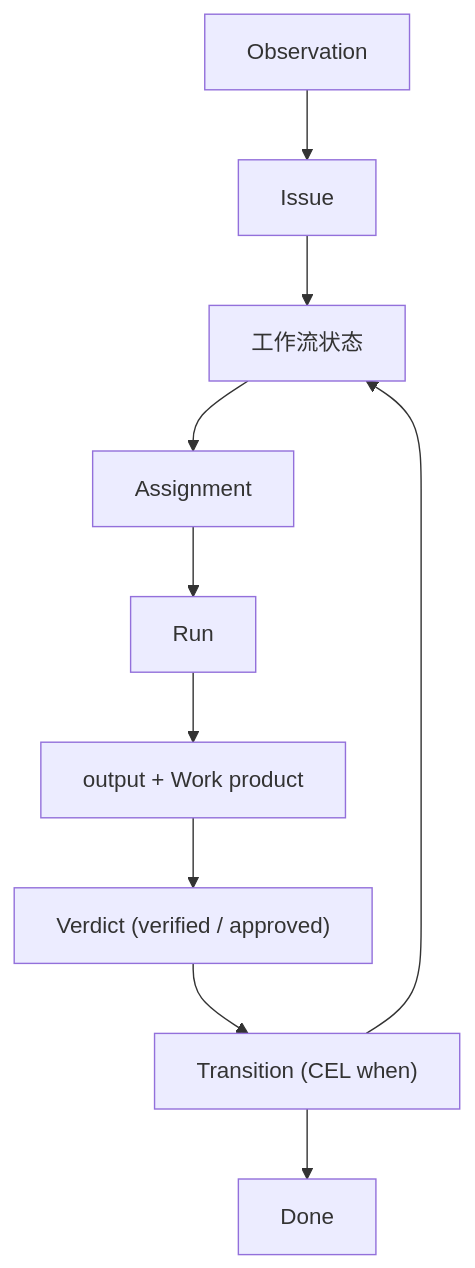
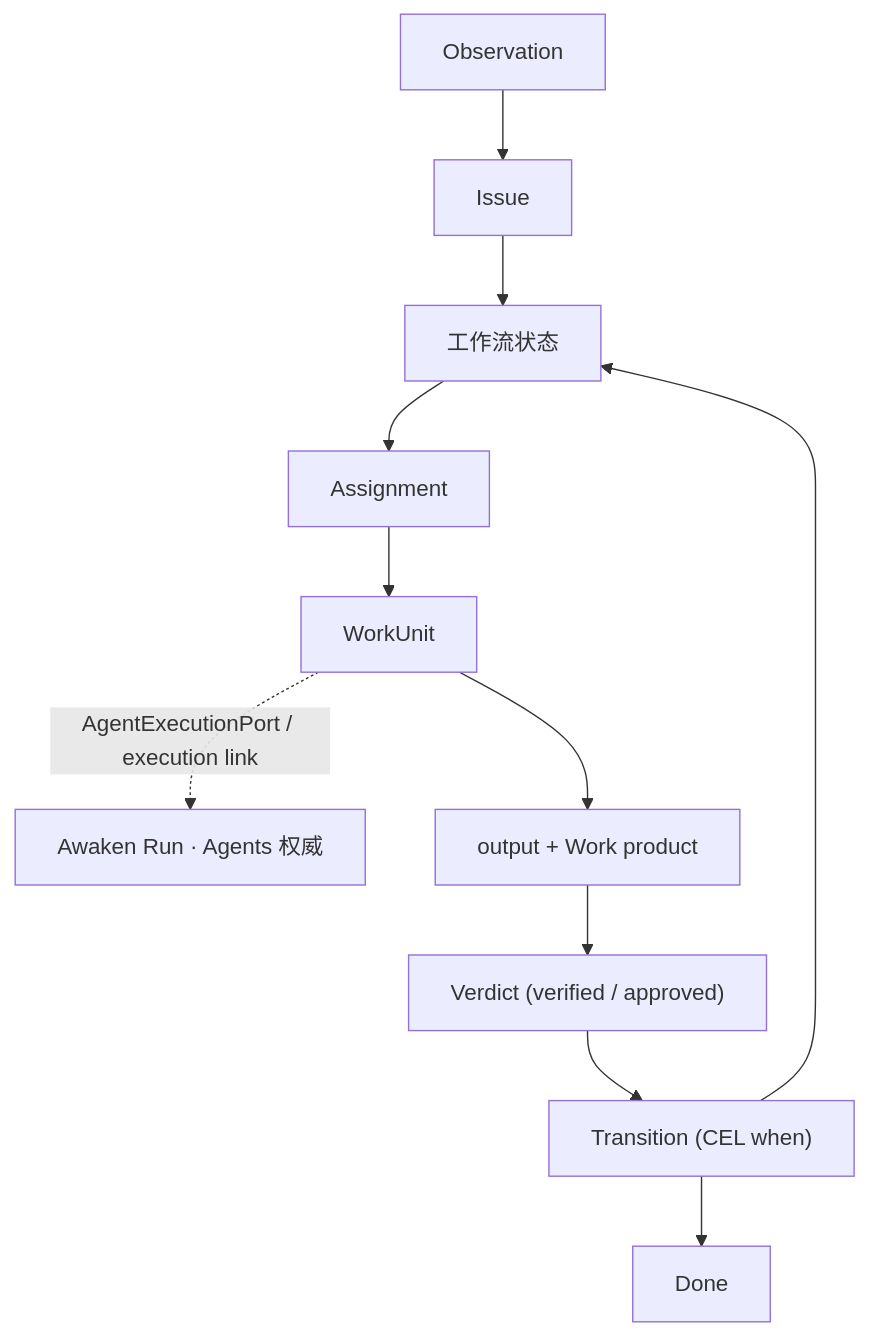
One commit to awakenworks/awakenworks.com changed the diagram in src/content/docs/flow/current/zh/concepts/object-model.md. Above: the diagram before and after it, drawn with Mermaid. The commit also changed other lines of this file and 65 other files, not shown here.

````diff
--- a/src/content/docs/flow/current/zh/concepts/object-model.md
+++ b/src/content/docs/flow/current/zh/concepts/object-model.md
@@ -113,7 +101,8 @@
 ```mermaid
 flowchart TD
-    O["Observation"] --> I["Issue"] --> S["工作流状态"] --> A["Assignment"] --> R["Run"]
+    O["Observation"] --> I["Issue"] --> S["工作流状态"] --> A["Assignment"] --> R["WorkUnit"]
+    R -. "AgentExecutionPort / execution link" .-> E["Awaken Run · Agents 权威"]
     R --> W["output + Work product"] --> V["Verdict (verified / approved)"] --> T["Transition (CEL when)"]
     T --> S
     T --> D["Done"]
 ```
````
